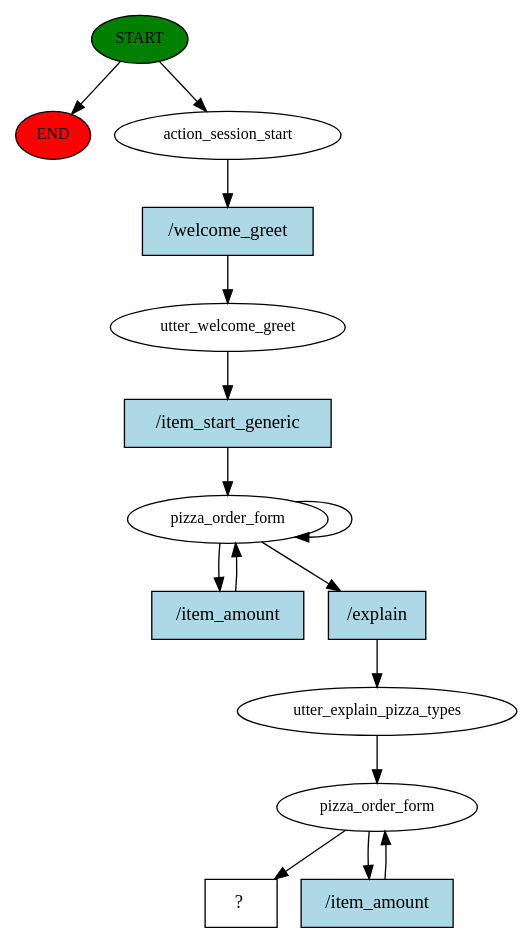
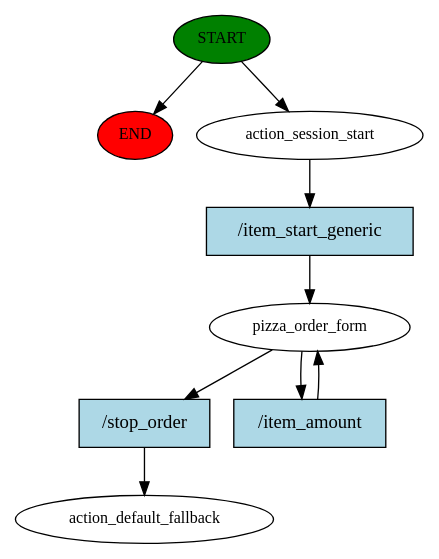
Before and after one commit to ericsua/PizzaBot: the diagram in story_graph.dot, drawn with Graphviz. The commit also changed 6 other files, not shown here.

```diff
--- a/story_graph.dot
+++ b/story_graph.dot
@@ -1,30 +1,18 @@
 digraph  {
 0 [class="start active", fillcolor=green, fontsize=12, label=START, style=filled];
 "-1" [class=end, fillcolor=red, fontsize=12, label=END, style=filled];
 1 [class=active, fontsize=12, label=action_session_start];
-2 [class=active, fontsize=12, label=utter_welcome_greet];
-3 [class=active, fontsize=12, label=pizza_order_form];
-6 [class=active, fontsize=12, label=utter_explain_pizza_types];
-7 [class=active, fontsize=12, label=pizza_order_form];
-9 [class="intent dashed active", label="  ?  ", shape=rect];
-10 [class="intent active", fillcolor=lightblue, label="/welcome_greet", shape=rect, style=filled];
-11 [class="intent active", fillcolor=lightblue, label="/item_start_generic", shape=rect, style=filled];
-12 [class="intent active", fillcolor=lightblue, label="/item_amount", shape=rect, style=filled];
-13 [class="intent active", fillcolor=lightblue, label="/explain", shape=rect, style=filled];
-14 [class="intent active", fillcolor=lightblue, label="/item_amount", shape=rect, style=filled];
+2 [class=active, fontsize=12, label=pizza_order_form];
+4 [class="dashed active", fontsize=12, label=action_default_fallback];
+5 [class="intent active", fillcolor=lightblue, label="/item_start_generic", shape=rect, style=filled];
+6 [class="intent active", fillcolor=lightblue, label="/stop_order", shape=rect, style=filled];
+7 [class="intent active", fillcolor=lightblue, label="/item_amount", shape=rect, style=filled];
 0 -> "-1"  [class="", key=NONE, label=""];
 0 -> 1  [class=active, key=NONE, label=""];
-1 -> 10  [class=active, key=0];
-2 -> 11  [class=active, key=0];
-3 -> 3  [class=active, key=NONE, label=""];
-3 -> 12  [class=active, key=0];
-3 -> 13  [class=active, key=0];
-6 -> 7  [class=active, key=NONE, label=""];
-7 -> 9  [class=active, key=NONE, label=""];
-7 -> 14  [class=active, key=0];
-10 -> 2  [class=active, key=0];
-11 -> 3  [class=active, key=0];
-12 -> 3  [class=active, key=0];
-13 -> 6  [class=active, key=0];
-14 -> 7  [class=active, key=0];
+1 -> 5  [class=active, key=0];
+2 -> 6  [class=active, key=0];
+2 -> 7  [class=active, key=0];
+5 -> 2  [class=active, key=0];
+6 -> 4  [class=active, key=0];
+7 -> 2  [class=active, key=0];
 }
```
